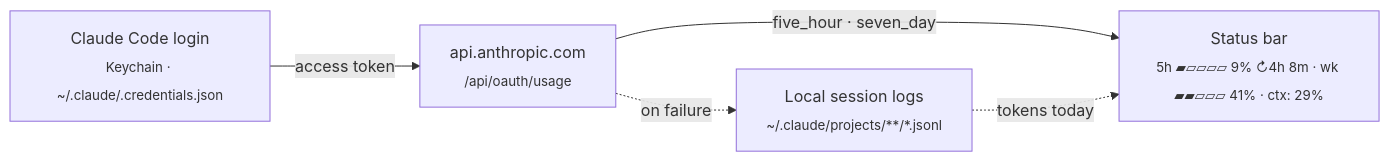
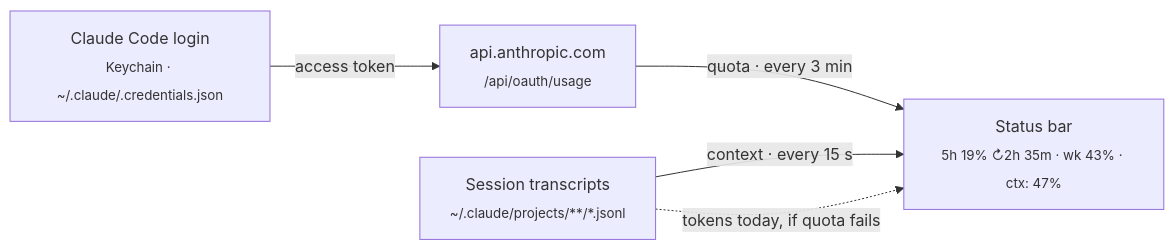
The diagram in README.md (kabartay/tokenwatch), drawn with Mermaid before and after one commit. The commit also changed other lines of this file and 3 other files, not shown here.

````diff
--- a/README.md
+++ b/README.md
@@ -91,12 +110,12 @@
 ```mermaid
 flowchart LR
   K["Claude Code login<br/><sub>Keychain · ~/.claude/.credentials.json</sub>"]
   API["api.anthropic.com<br/><sub>/api/oauth/usage</sub>"]
-  LOGS["Local session logs<br/><sub>~/.claude/projects/**/*.jsonl</sub>"]
-  SB["Status bar<br/><sub>5h ▰▱▱▱▱ 9% ↻4h 8m · wk ▰▰▱▱▱ 41% · ctx: 29%</sub>"]
+  T["Session transcripts<br/><sub>~/.claude/projects/**/*.jsonl</sub>"]
+  SB["Status bar<br/><sub>5h 19% ↻2h 35m · wk 43% · ctx: 47%</sub>"]
 
   K -->|access token| API
-  API -->|five_hour · seven_day| SB
-  API -.->|on failure| LOGS
-  LOGS -.->|tokens today| SB
+  API -->|"quota · every 3 min"| SB
+  T -->|"context · every 15 s"| SB
+  T -.->|"tokens today, if quota fails"| SB
 ```
````
